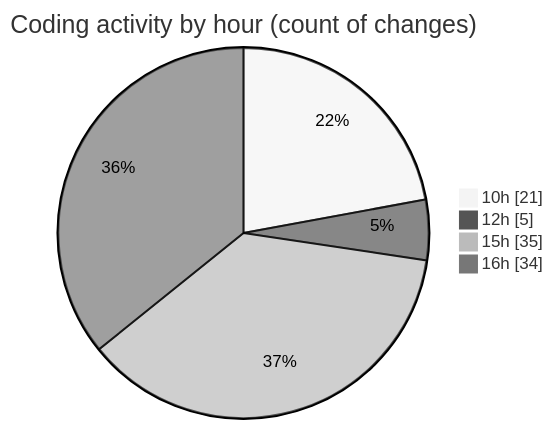
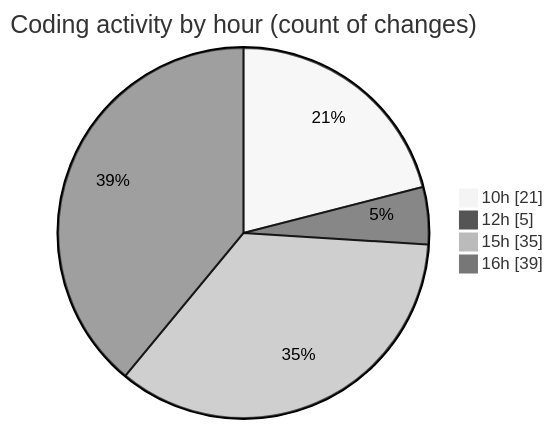
One commit to momahboobian/code-tracking changed the second of 2 diagrams in 2025-08-27/cda/README.md. Above: the diagram before and after it, drawn with Mermaid (neutral theme). The commit also changed other lines of this file and 1 other file, not shown here.

````diff
--- a/2025-08-27/cda/README.md
+++ b/2025-08-27/cda/README.md
@@ -40,8 +41,8 @@
 ```mermaid
 pie showData
 title Coding activity by hour (count of changes)
 "10h" : 21
 "12h" : 5
 "15h" : 35
-"16h" : 34
+"16h" : 39
 ```
````
